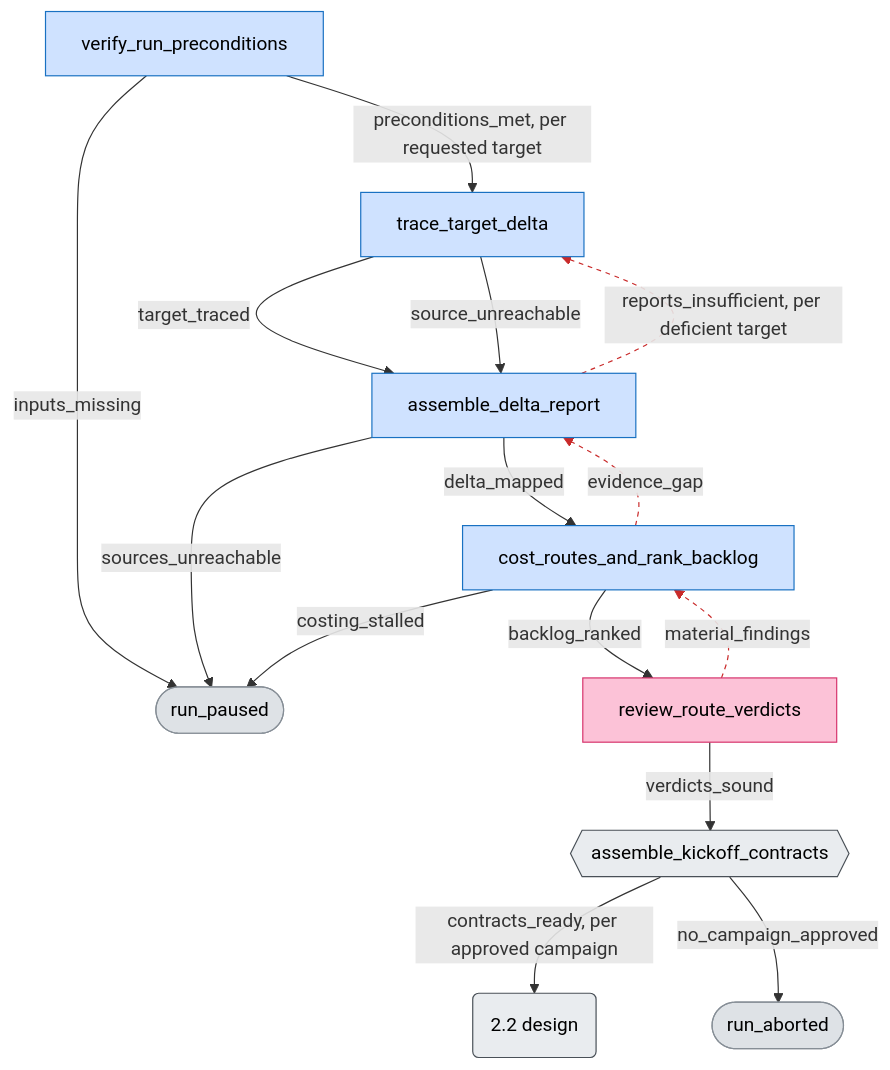
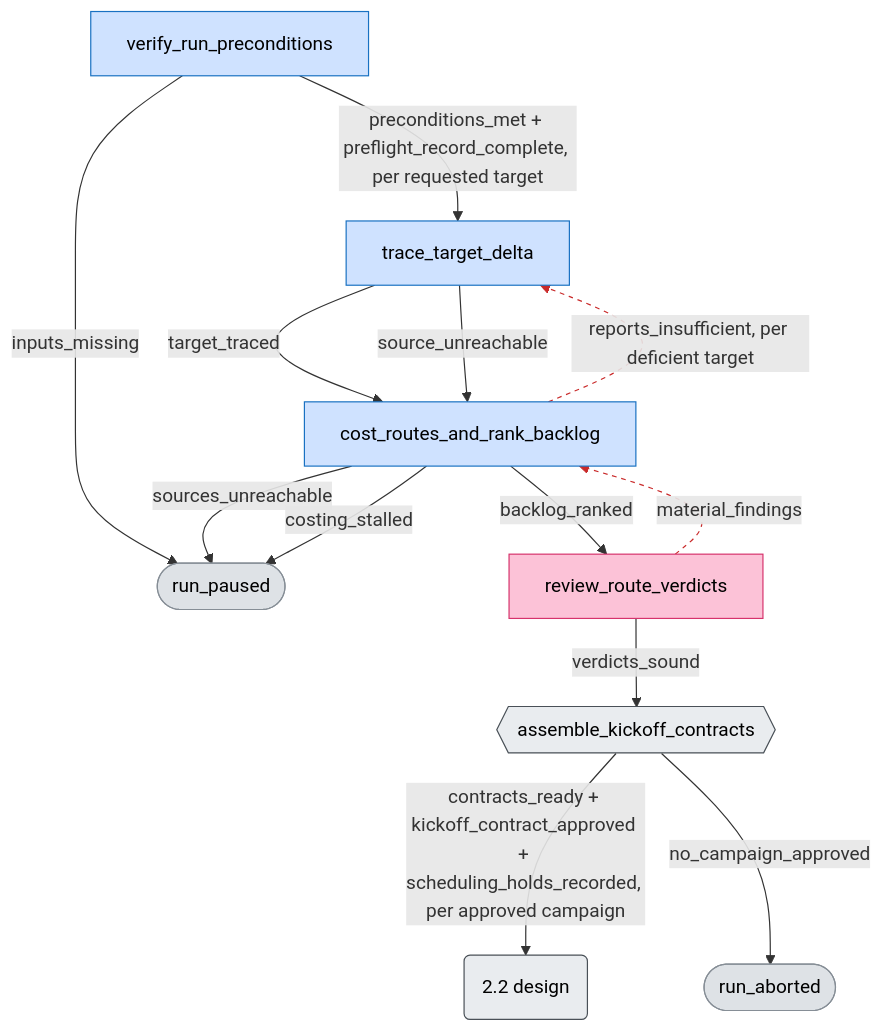
The second of 7 diagrams in generated-plugins/vllm-neuron-parity/README.md (jinhuang12/pave), drawn with Mermaid before and after one commit. The commit also changed other lines of this file and 138 other files, not shown here.

````diff
--- a/generated-plugins/vllm-neuron-parity/README.md
+++ b/generated-plugins/vllm-neuron-parity/README.md
@@ -200,26 +200,28 @@
 ```mermaid
 flowchart TD
-  vrp[verify_run_preconditions] -->|preconditions_met, per requested target| ttd[trace_target_delta]
+  vrp[verify_run_preconditions] -->|preconditions_met + preflight_record_complete, per requested target| ttd[trace_target_delta]
   vrp -->|inputs_missing| paused([run_paused])
-  ttd -->|target_traced| adr[assemble_delta_report]
-  ttd -->|source_unreachable| adr
-  adr -->|reports_insufficient, per deficient target| ttd
-  adr -->|delta_mapped| cost[cost_routes_and_rank_backlog]
-  adr -->|sources_unreachable| paused
+  ttd -->|target_traced| cost[cost_routes_and_rank_backlog]
+  ttd -->|source_unreachable| cost
+  cost -->|reports_insufficient, per deficient target| ttd
+  cost -->|sources_unreachable| paused
+  cost -->|costing_stalled| paused
   cost -->|backlog_ranked| rrv[review_route_verdicts]
-  cost -->|evidence_gap| adr
-  cost -->|costing_stalled| paused
   rrv -->|verdicts_sound| akc{{assemble_kickoff_contracts}}
   rrv -->|material_findings| cost
-  akc -->|contracts_ready, per approved campaign| design(2.2 design)
+  akc -->|contracts_ready + kickoff_contract_approved + scheduling_holds_recorded, per approved campaign| design(2.2 design)
   akc -->|no_campaign_approved| aborted([run_aborted])
-  class vrp,ttd,adr,cost cInv
+  class vrp,ttd,cost cInv
   class rrv cRev
   class akc,design cGate
   class paused,aborted cEnd
   classDef cInv fill:#cfe2ff,stroke:#1971c2,color:#000
+  classDef cImpl fill:#ffd8a8,stroke:#e8590c,color:#000
+  classDef cMeas fill:#d3f9d8,stroke:#2f9e44,color:#000
+  classDef cAdj fill:#e5dbff,stroke:#7048e8,color:#000
   classDef cRev fill:#fcc2d7,stroke:#d6336c,color:#000
+  classDef cRec fill:#ffc9c9,stroke:#c92a2a,color:#000
   classDef cGate fill:#e9ecef,stroke:#495057,color:#000
   classDef cEnd fill:#dee2e6,stroke:#868e96,color:#000
-  linkStyle 4,8,11 stroke:#c92a2a,stroke-dasharray:4
+  linkStyle 4,9 stroke:#c92a2a,stroke-dasharray:4
 ```
````
